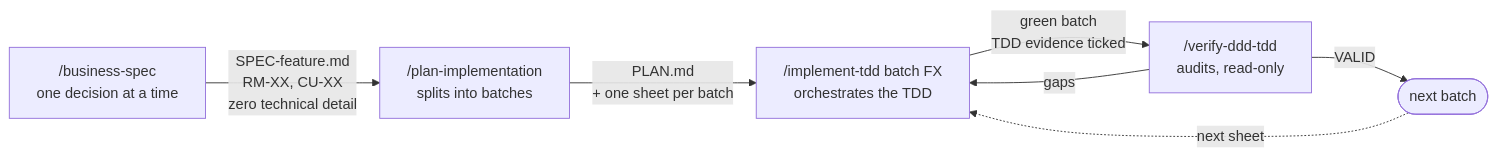
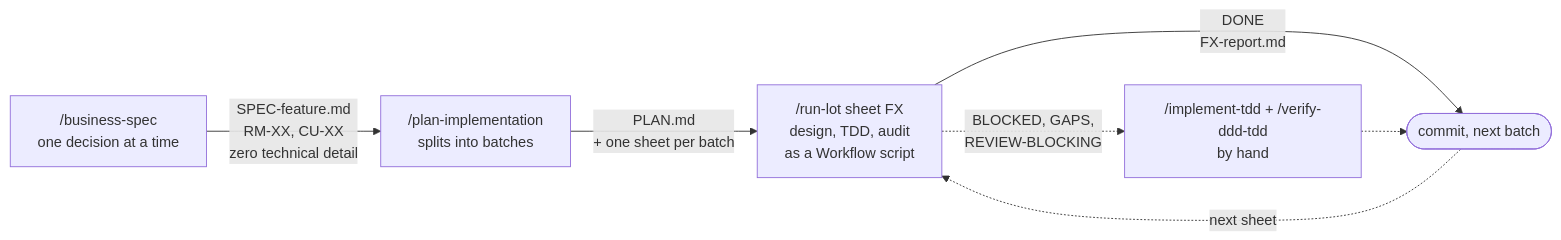
One commit to pierrebelin/claude-code-toolkit changed the first of 2 diagrams in README.md. Above: the diagram before and after it, drawn with Mermaid. The commit also changed other lines of this file and 6 other files, not shown here.

Commit message:
docs: faire de `/cctoolkit:run-lot` le chemin par défaut d'un batch, avec rédu

````diff
--- a/README.md
+++ b/README.md
@@ -22,15 +22,15 @@
 ```mermaid
 flowchart LR
     S["/business-spec<br/>one decision at a time"]
     P["/plan-implementation<br/>splits into batches"]
-    I["/implement-tdd batch FX<br/>orchestrates the TDD"]
-    V["/verify-ddd-tdd<br/>audits, read-only"]
-    N(["next batch"])
+    R["/run-lot sheet FX<br/>design, TDD, audit<br/>as a Workflow script"]
+    M["/implement-tdd + /verify-ddd-tdd<br/>by hand"]
+    N(["commit, next batch"])
 
     S -->|"SPEC-feature.md<br/>RM-XX, CU-XX<br/>zero technical detail"| P
-    P -->|"PLAN.md<br/>+ one sheet per batch"| I
-    I -->|"green batch<br/>TDD evidence ticked"| V
-    V -->|"VALID"| N
-    V -->|"gaps"| I
-    N -.->|"next sheet"| I
+    P -->|"PLAN.md<br/>+ one sheet per batch"| R
+    R -->|"DONE<br/>FX-report.md"| N
+    R -.->|"BLOCKED, GAPS,<br/>REVIEW-BLOCKING"| M
+    M -.-> N
+    N -.->|"next sheet"| R
 ```
````
